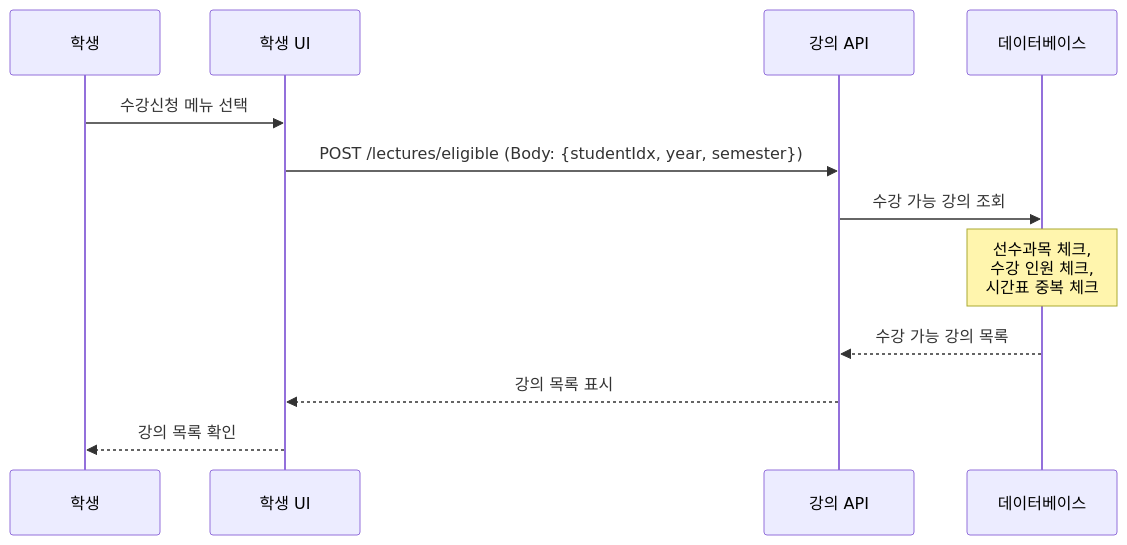
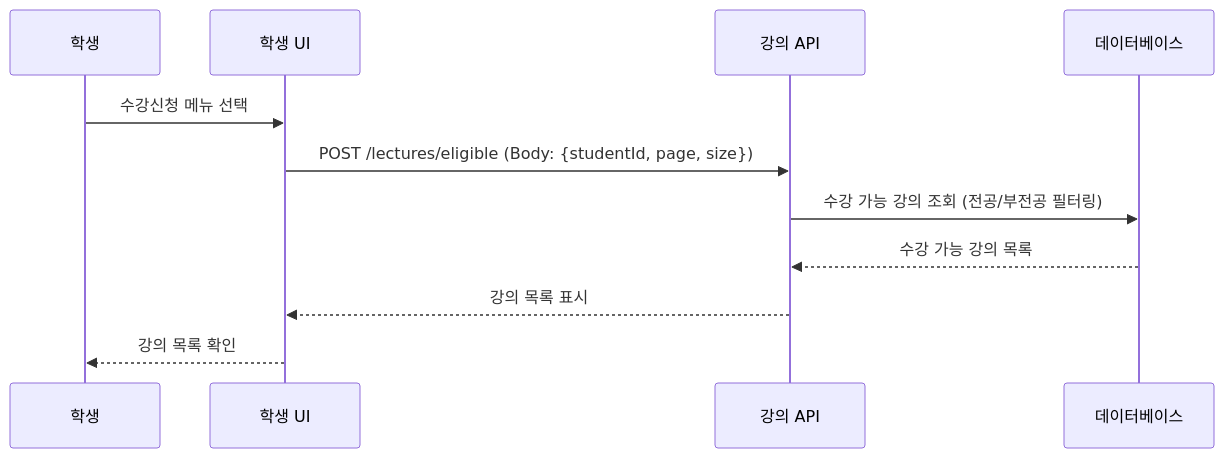
One commit to hooting76/blue-crab-lms changed the first of 10 diagrams in backend/BlueCrab/docs/강의관련기능/06-학생플로우.md. Above: the diagram before and after it, drawn with Mermaid. The commit also changed other lines of this file and 19 other files, not shown here.

````diff
--- a/backend/BlueCrab/docs/강의관련기능/06-학생플로우.md
+++ b/backend/BlueCrab/docs/강의관련기능/06-학생플로우.md
@@ -35,15 +19,14 @@
 ```mermaid
 sequenceDiagram
     participant Student as 학생
     participant UI as 학생 UI
     participant API as 강의 API
     participant DB as 데이터베이스
 
     Student->>UI: 수강신청 메뉴 선택
-    UI->>API: POST /lectures/eligible (Body: {studentIdx, year, semester})
-    API->>DB: 수강 가능 강의 조회
-    Note over DB: 선수과목 체크,<br/>수강 인원 체크,<br/>시간표 중복 체크
+    UI->>API: POST /lectures/eligible (Body: {studentId, page, size})
+    API->>DB: 수강 가능 강의 조회 (전공/부전공 필터링)
     DB-->>API: 수강 가능 강의 목록
     API-->>UI: 강의 목록 표시
     UI-->>Student: 강의 목록 확인
 ```
````
